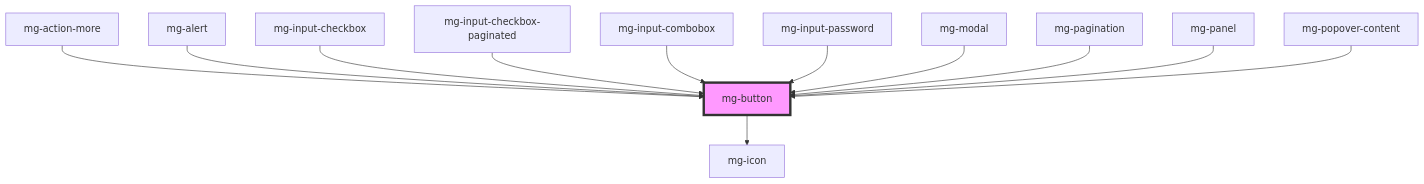
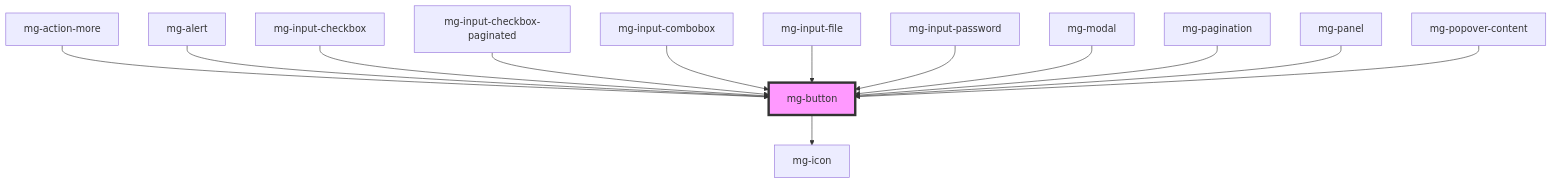
The diagram in packages/mg-components/src/components/atoms/mg-button/readme.md (MGDIS/core-ui), drawn with Mermaid before and after one commit. The commit also changed other lines of this file and 119 other files, not shown here.

````diff
--- a/packages/mg-components/src/components/atoms/mg-button/readme.md
+++ b/packages/mg-components/src/components/atoms/mg-button/readme.md
@@ -161,15 +162,16 @@
 ```mermaid
 graph TD;
   mg-button --> mg-icon
   mg-action-more --> mg-button
   mg-alert --> mg-button
   mg-input-checkbox --> mg-button
   mg-input-checkbox-paginated --> mg-button
   mg-input-combobox --> mg-button
+  mg-input-file --> mg-button
   mg-input-password --> mg-button
   mg-modal --> mg-button
   mg-pagination --> mg-button
   mg-panel --> mg-button
   mg-popover-content --> mg-button
   style mg-button fill:#f9f,stroke:#333,stroke-width:4px
 ```
````
